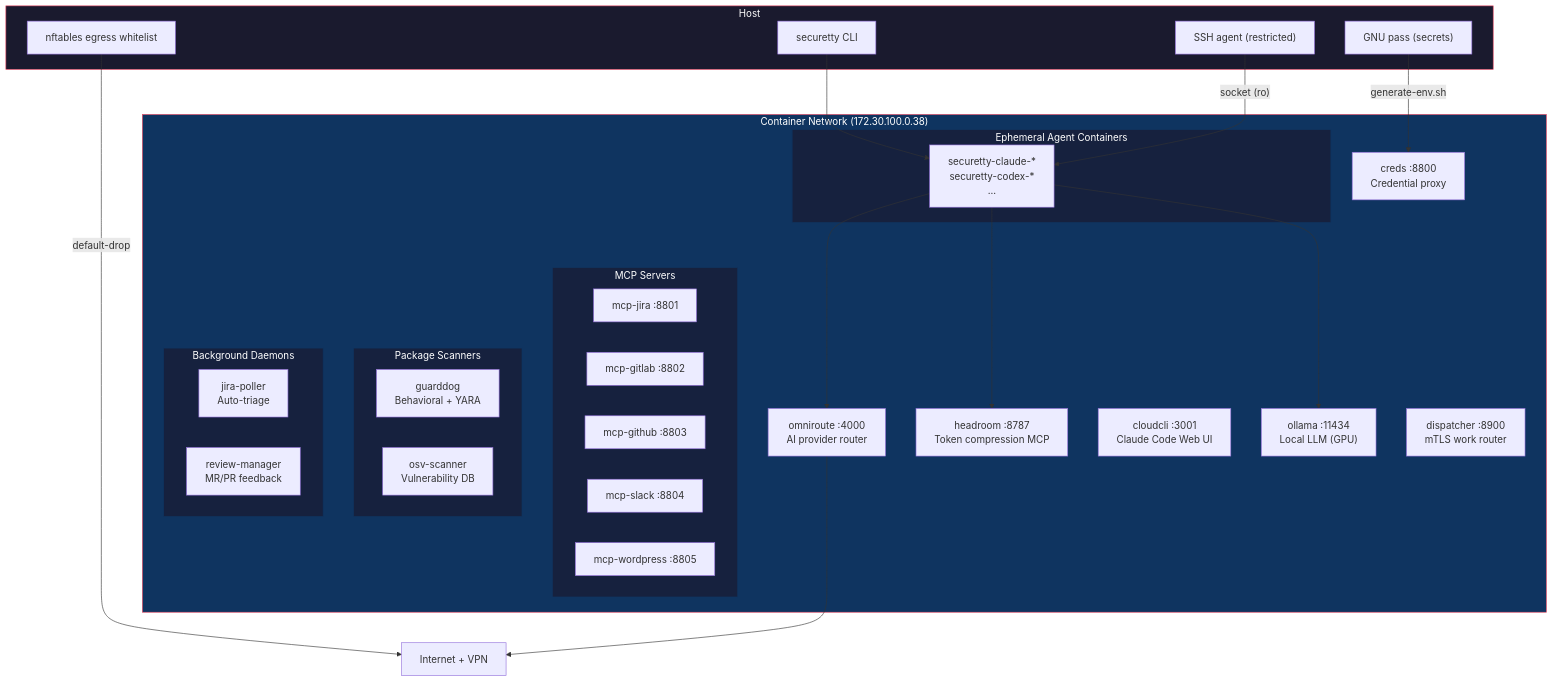
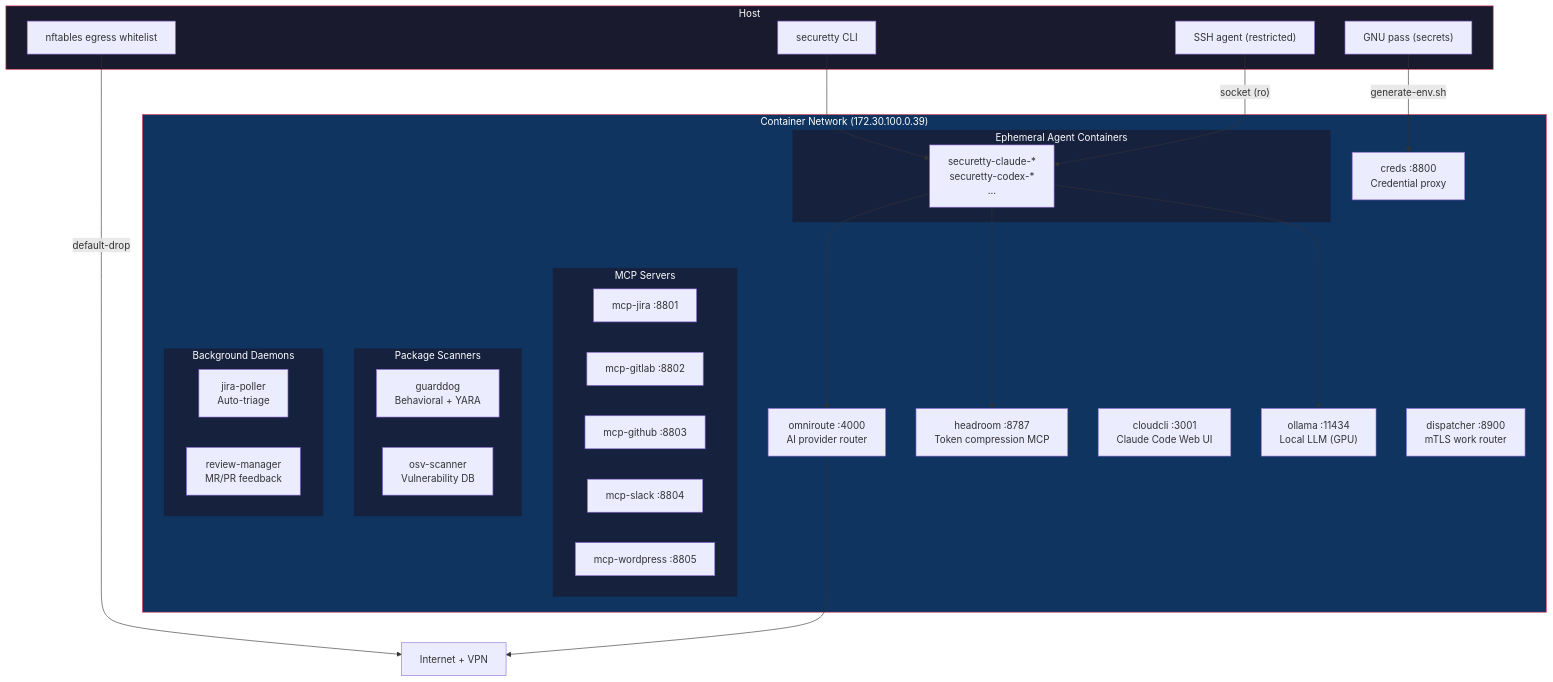
Before and after one commit to dmzoneill/securetty: the first of 2 diagrams in README.md, drawn with Mermaid. The commit also changed 1 other file, not shown here.

Commit message:
chore: bump version to v0.0.39

````diff
--- a/README.md
+++ b/README.md
@@ -11,58 +11,58 @@
 ```mermaid
 graph TD
     Internet["Internet + VPN"]
 
     subgraph host["Host"]
         CLI["securetty CLI"]
         SSHAgent["SSH agent (restricted)"]
         Pass["GNU pass (secrets)"]
         Egress["nftables egress whitelist"]
     end
 
-    subgraph network["Container Network (172.30.100.0.38)"]
+    subgraph network["Container Network (172.30.100.0.39)"]
         OmniRoute["omniroute :4000\nAI provider router"]
         Headroom["headroom :8787\nToken compression MCP"]
         CloudCLI["cloudcli :3001\nClaude Code Web UI"]
         Ollama["ollama :11434\nLocal LLM (GPU)"]
         Creds["creds :8800\nCredential proxy"]
         Dispatcher["dispatcher :8900\nmTLS work router"]
 
         subgraph mcp["MCP Servers"]
             Jira["mcp-jira :8801"]
             GitLab["mcp-gitlab :8802"]
             GitHub["mcp-github :8803"]
             Slack["mcp-slack :8804"]
             WordPress["mcp-wordpress :8805"]
         end
 
         subgraph scanners["Package Scanners"]
             GuardDog["guarddog\nBehavioral + YARA"]
             OSV["osv-scanner\nVulnerability DB"]
         end
 
         subgraph agents["Ephemeral Agent Containers"]
             Dev["securetty-claude-*\nsecuretty-codex-*\n..."]
         end
 
         subgraph daemons["Background Daemons"]
             JiraPoller["jira-poller\nAuto-triage"]
             ReviewMgr["review-manager\nMR/PR feedback"]
         end
     end
 
     CLI --> Dev
     Pass -->|"generate-env.sh"| Creds
     SSHAgent -->|"socket (ro)"| Dev
     Egress -->|"default-drop"| Internet
     Dev --> OmniRoute
     Dev --> Headroom
     Dev --> Ollama
     OmniRoute --> Internet
 
     style network fill:#0f3460,stroke:#e94560,color:#fff
     style host fill:#1a1a2e,stroke:#e94560,color:#fff
     style mcp fill:#16213e,stroke:#0f3460,color:#fff
     style scanners fill:#16213e,stroke:#0f3460,color:#fff
     style agents fill:#16213e,stroke:#0f3460,color:#fff
     style daemons fill:#16213e,stroke:#0f3460,color:#fff
 ```
````
